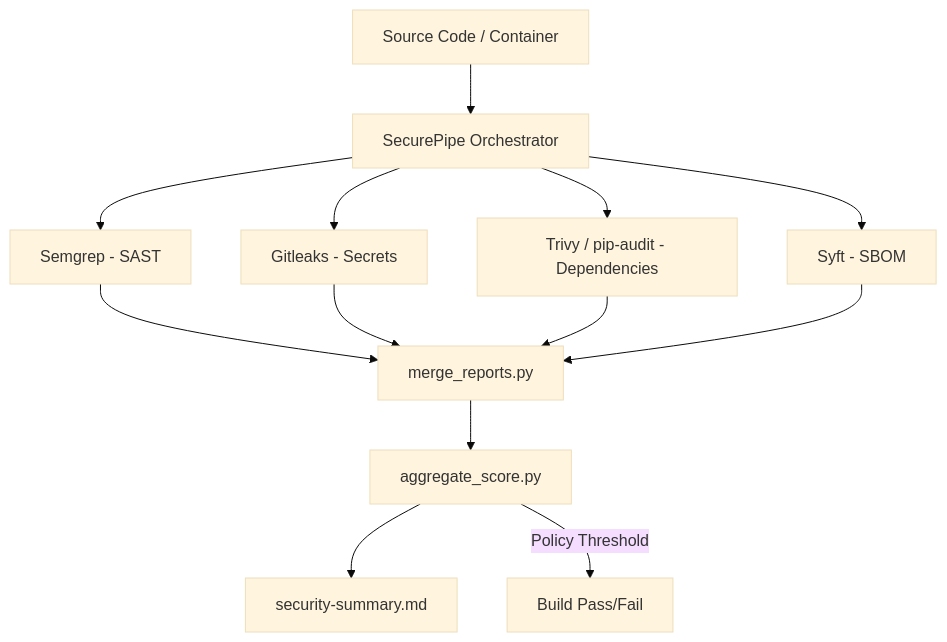
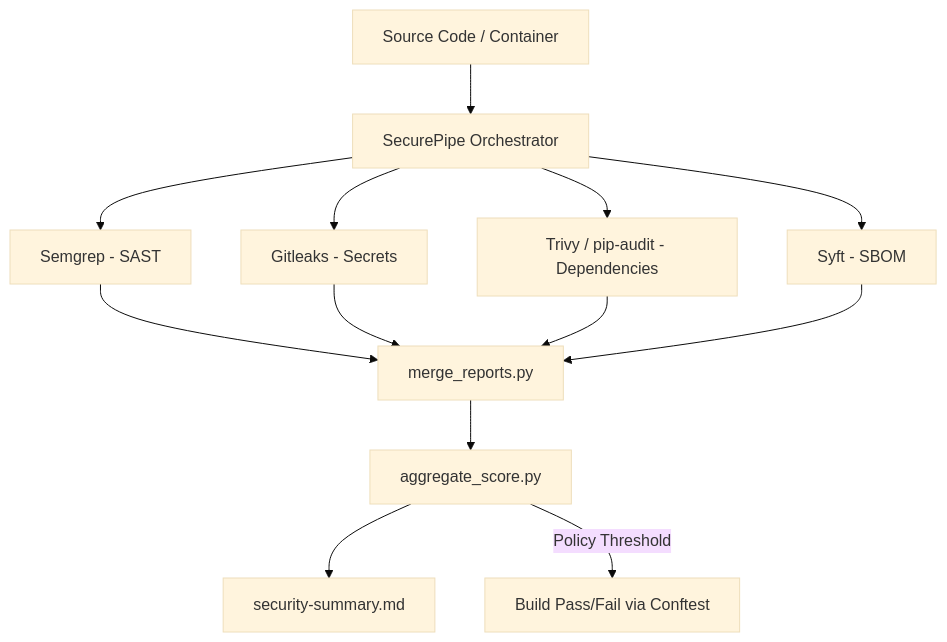
The diagram in README.md (mamun39/SecurePipe), drawn with Mermaid (base theme) before and after one commit. The commit also changed other lines of this file, not shown here.

Commit message:
docs: align README with full scanner merge and policy enforcement

````diff
--- a/README.md
+++ b/README.md
@@ -50,15 +50,15 @@
 ```mermaid
 flowchart TD;
     A[Source Code / Container] --> B[SecurePipe Orchestrator];
     B --> C1[Semgrep - SAST];
     B --> C2[Gitleaks - Secrets];
     B --> C3[Trivy / pip-audit - Dependencies];
     B --> C4[Syft - SBOM];
     C1 --> D[merge_reports.py];
     C2 --> D;
     C3 --> D;
     C4 --> D;
     D --> E[aggregate_score.py];
     E --> F[security-summary.md];
-    E -->|Policy Threshold| G[Build Pass/Fail];
+    E -->|Policy Threshold| G[Build Pass/Fail via Conftest];
 ```
````
